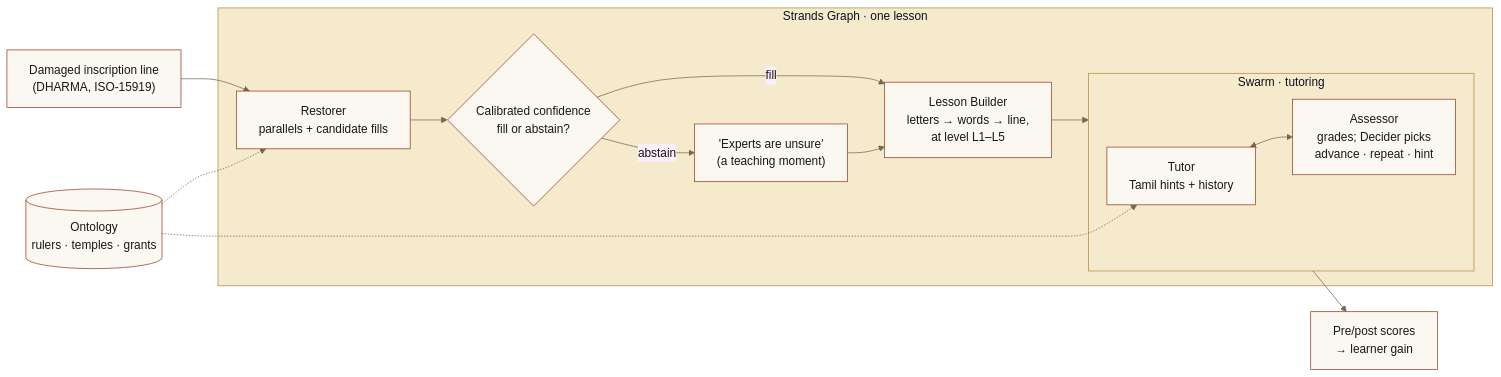
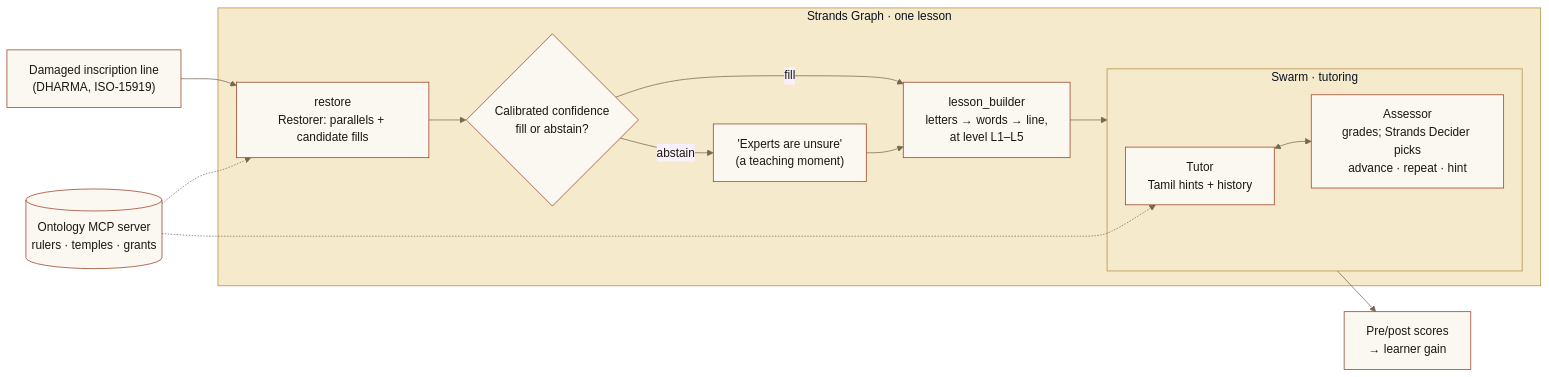
One commit to Vivek0712/ezhuthu changed the diagram in README.md. Above: the diagram before and after it, drawn with Mermaid. The commit also changed other lines of this file and 57 other files, not shown here.

````diff
--- a/README.md
+++ b/README.md
@@ -46,16 +146,16 @@
 ```mermaid
 %%{init: {'theme': 'base', 'themeVariables': {'primaryColor': '#FBF8F1', 'primaryBorderColor': '#9B3D22', 'primaryTextColor': '#1D1611', 'lineColor': '#76674F', 'clusterBkg': '#F5EACB', 'clusterBorder': '#B28C42', 'tertiaryColor': '#F4EEE2'}}}%%
 flowchart LR
   A["Damaged inscription line<br/>(DHARMA, ISO-15919)"] --> R
   subgraph G["Strands Graph · one lesson"]
-    R["Restorer<br/>parallels + candidate fills"] --> D{"Calibrated confidence<br/>fill or abstain?"}
-    D -- fill --> L["Lesson Builder<br/>letters → words → line,<br/>at level L1–L5"]
+    R["restore<br/>Restorer: parallels + candidate fills"] --> D{"Calibrated confidence<br/>fill or abstain?"}
+    D -- fill --> L["lesson_builder<br/>letters → words → line,<br/>at level L1–L5"]
     D -- abstain --> U["'Experts are unsure'<br/>(a teaching moment)"] --> L
     L --> S
     subgraph S["Swarm · tutoring"]
-      T["Tutor<br/>Tamil hints + history"] <--> X["Assessor<br/>grades; Decider picks<br/>advance · repeat · hint"]
+      T["Tutor<br/>Tamil hints + history"] <--> X["Assessor<br/>grades; Strands Decider picks<br/>advance · repeat · hint"]
     end
   end
   S --> P["Pre/post scores<br/>→ learner gain"]
-  O[("Ontology<br/>rulers · temples · grants")] -.-> R & T
+  O[("Ontology MCP server<br/>rulers · temples · grants")] -.-> R & T
 ```
````
